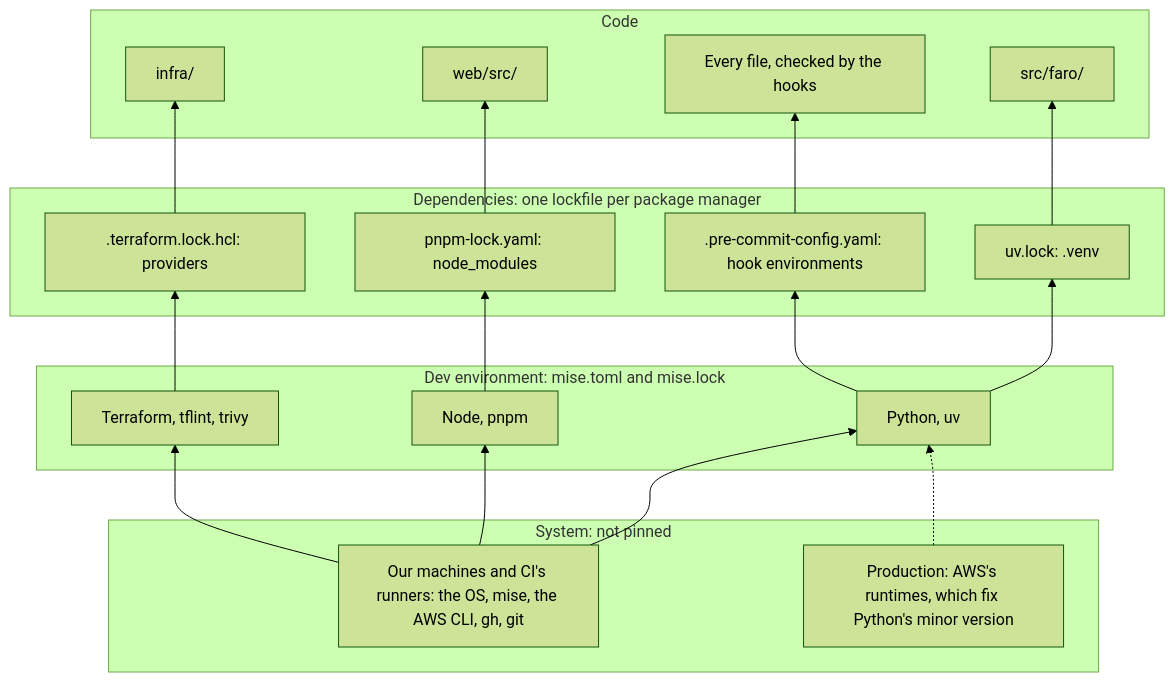
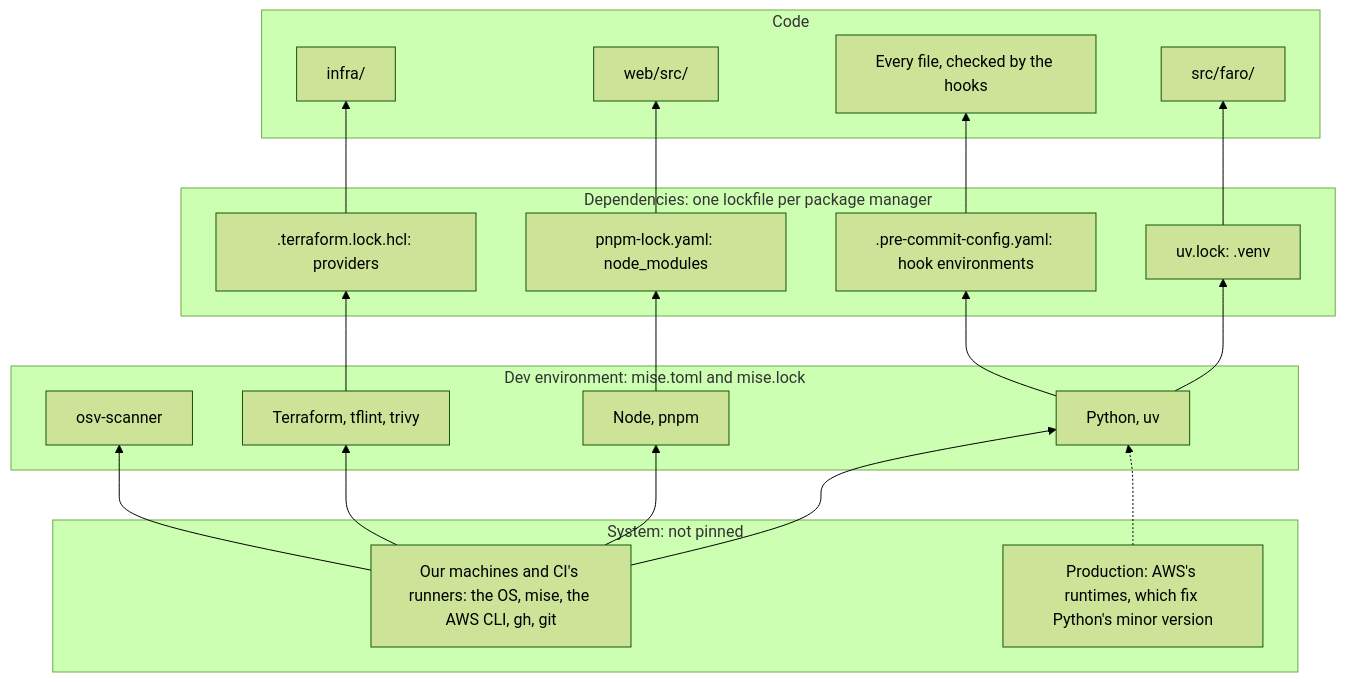
Before and after one commit to gafnts/factored-hackathon-2026-faro: the diagram in docs/adr/0008-pin-toolchain-by-layer.md, drawn with Mermaid (forest theme). The commit also changed other lines of this file and 4 other files, not shown here.

````diff
--- a/docs/adr/0008-pin-toolchain-by-layer.md
+++ b/docs/adr/0008-pin-toolchain-by-layer.md
@@ -27,41 +28,43 @@
 ```mermaid
 ---
 config:
   # Mermaid 12's default layout, ELK, leaves an empty band inside each layer.
   layout: dagre
 ---
 flowchart BT
   subgraph CODE["Code"]
     SRC["src/faro/"]
     WEB["web/src/"]
     INF["infra/"]
     ALL["Every file, checked by the hooks"]
   end
   subgraph DEP["Dependencies: one lockfile per package manager"]
     UVL["uv.lock: .venv"]
     PNL["pnpm-lock.yaml: node_modules"]
     TFL[".terraform.lock.hcl: providers"]
     PCL[".pre-commit-config.yaml: hook environments"]
   end
   subgraph DEV["Dev environment: mise.toml and mise.lock"]
     PY["Python, uv"]
     NODE["Node, pnpm"]
     TF["Terraform, tflint, trivy"]
+    SCAN["osv-scanner"]
   end
   subgraph SYS["System: not pinned"]
     MAC["Our machines and CI's runners: the OS, mise, the AWS CLI, gh, git"]
     AWS["Production: AWS's runtimes, which fix Python's minor version"]
   end
   UVL --> SRC
   PNL --> WEB
   TFL --> INF
   PCL --> ALL
   PY --> UVL
   PY --> PCL
   NODE --> PNL
   TF --> TFL
   MAC --> PY
   MAC --> NODE
   MAC --> TF
+  MAC --> SCAN
   AWS -.-> PY
 ```
````
